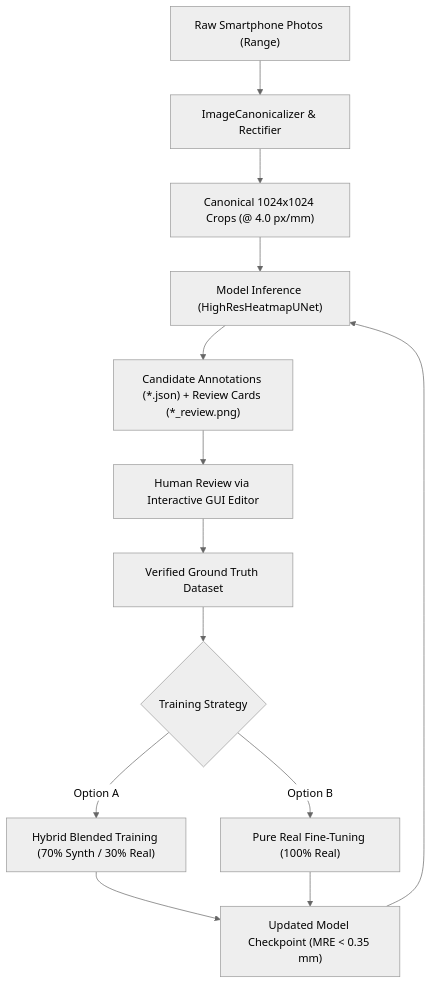
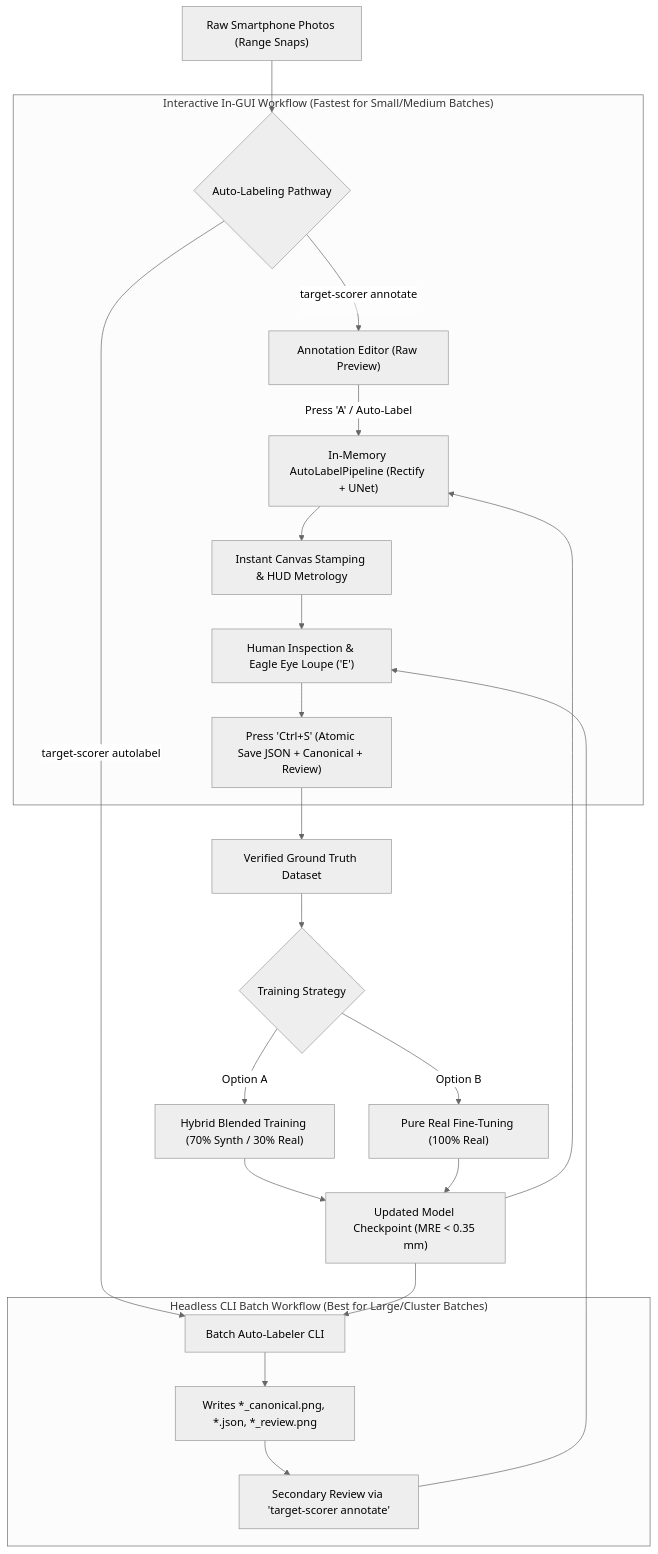
One commit to aiannetti/ACI-Target-Scorer changed the diagram in docs/end_to_end_training_and_workflow_tutorial.md. Above: the diagram before and after it, drawn with Mermaid (neutral theme). The commit also changed other lines of this file and 9 other files, not shown here.

Commit message:
feat(gui): integrate model-assisted auto-labeling into Interactive Annotation Editor

````diff
--- a/docs/end_to_end_training_and_workflow_tutorial.md
+++ b/docs/end_to_end_training_and_workflow_tutorial.md
@@ -25,14 +25,27 @@
 ```mermaid
 flowchart TD
-    A["Raw Smartphone Photos (Range)"] --> B["ImageCanonicalizer & Rectifier"]
-    B --> C["Canonical 1024x1024 Crops (@ 4.0 px/mm)"]
-    C --> D["Model Inference (HighResHeatmapUNet)"]
-    D --> E["Candidate Annotations (*.json) + Review Cards (*_review.png)"]
-    E --> F["Human Review via Interactive GUI Editor"]
-    F --> G["Verified Ground Truth Dataset"]
-    G --> H{"Training Strategy"}
-    H -- "Option A" --> I["Hybrid Blended Training (70% Synth / 30% Real)"]
-    H -- "Option B" --> J["Pure Real Fine-Tuning (100% Real)"]
-    I & J --> K["Updated Model Checkpoint (MRE < 0.35 mm)"]
-    K --> D
+    A["Raw Smartphone Photos (Range Snaps)"] --> B{"Auto-Labeling Pathway"}
+    
+    subgraph PathGUI["Interactive In-GUI Workflow (Fastest for Small/Medium Batches)"]
+        B -->|"target-scorer annotate <dir>"| C["Annotation Editor (Raw Preview)"]
+        C -->|"Press 'A' / Auto-Label"| D["In-Memory AutoLabelPipeline (Rectify + UNet)"]
+        D --> E["Instant Canvas Stamping & HUD Metrology"]
+        E --> F["Human Inspection & Eagle Eye Loupe ('E')"]
+        F --> G["Press 'Ctrl+S' (Atomic Save JSON + Canonical + Review)"]
+    end
+
+    subgraph PathCLI["Headless CLI Batch Workflow (Best for Large/Cluster Batches)"]
+        B -->|"target-scorer autolabel"| H["Batch Auto-Labeler CLI"]
+        H --> I["Writes *_canonical.png, *.json, *_review.png"]
+        I --> J["Secondary Review via 'target-scorer annotate'"]
+        J --> F
+    end
+
+    G --> K["Verified Ground Truth Dataset"]
+    K --> L{"Training Strategy"}
+    L -- "Option A" --> M["Hybrid Blended Training (70% Synth / 30% Real)"]
+    L -- "Option B" --> N["Pure Real Fine-Tuning (100% Real)"]
+    M & N --> O["Updated Model Checkpoint (MRE < 0.35 mm)"]
+    O --> D
+    O --> H
 ```
````
